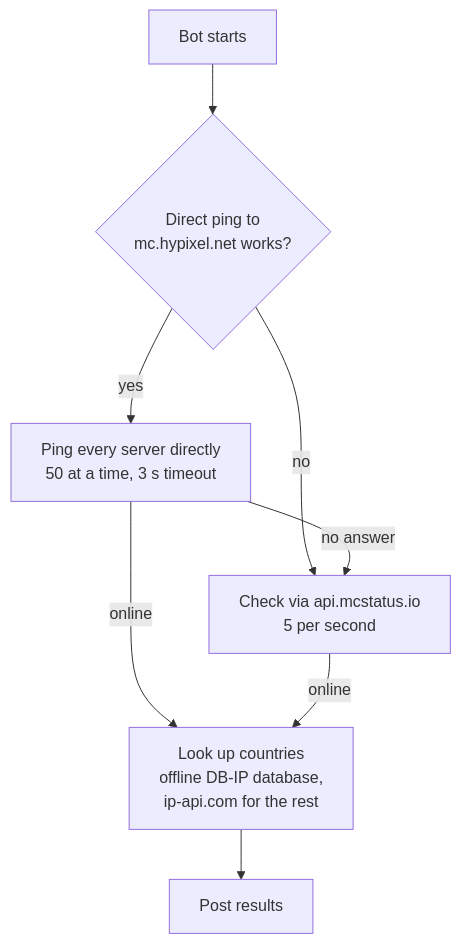
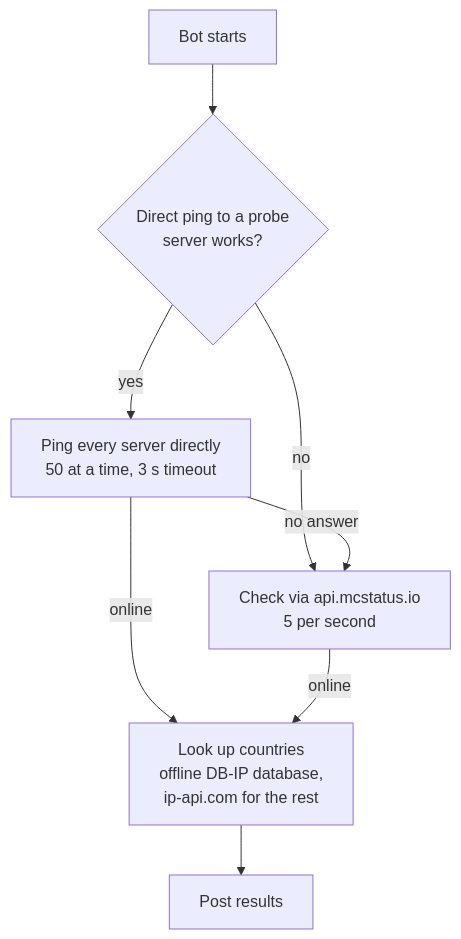
The diagram in README.md (TheDyXer/scanbot), drawn with Mermaid before and after one commit. The commit also changed other lines of this file and 2 other files, not shown here.

First line of the commit message:
Probe with servers that answer when pinged by IP

````diff
--- a/README.md
+++ b/README.md
@@ -237,10 +237,10 @@
 ```mermaid
 flowchart TD
-    A[Bot starts] --> B{Direct ping to<br/>mc.hypixel.net works?}
+    A[Bot starts] --> B{Direct ping to a probe<br/>server works?}
     B -- yes --> C[Ping every server directly<br/>50 at a time, 3 s timeout]
     B -- no --> D[Check via api.mcstatus.io<br/>5 per second]
     C -- no answer --> D
     C -- online --> E[Look up countries<br/>offline DB-IP database,<br/>ip-api.com for the rest]
     D -- online --> E
     E --> F[Post results]
 ```
````
